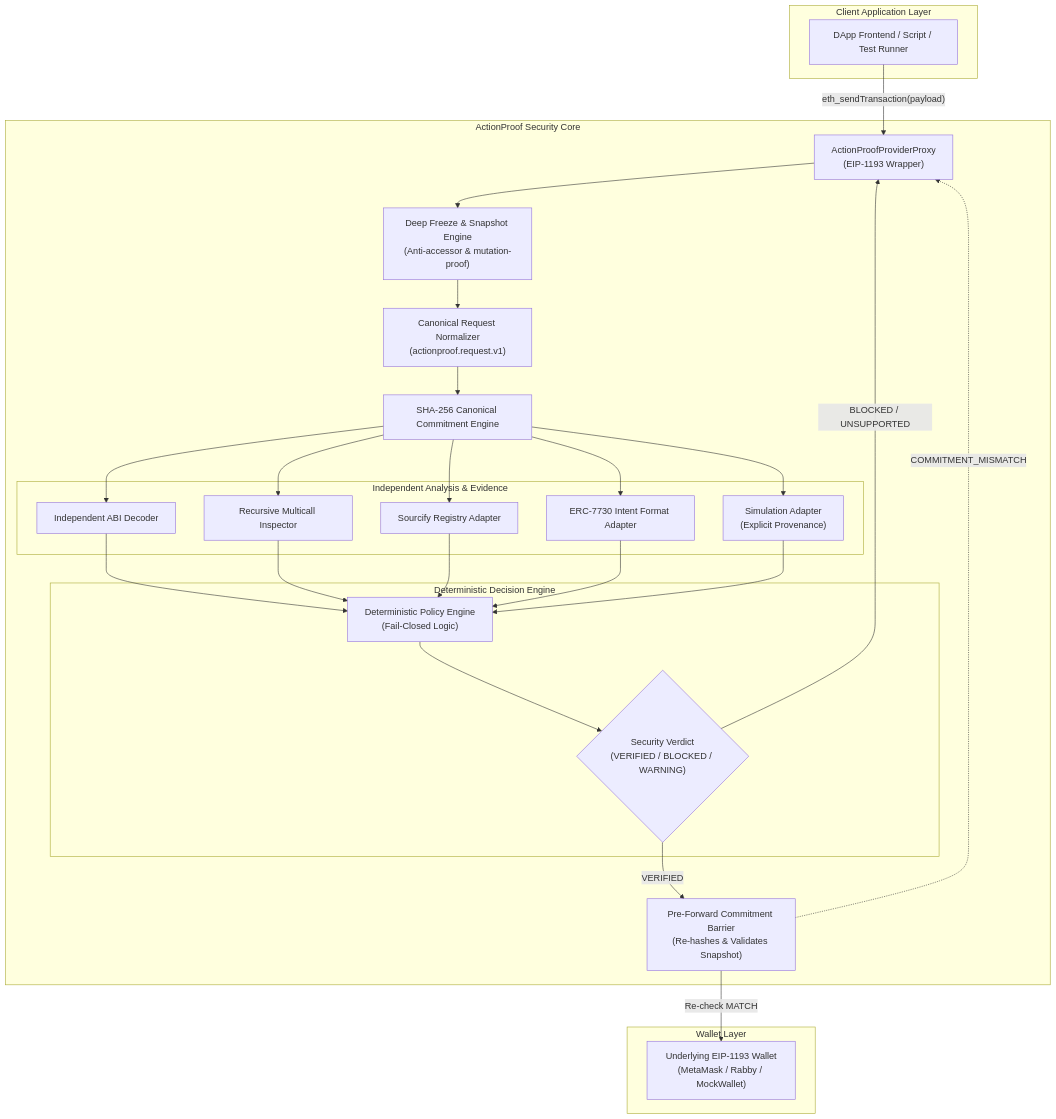
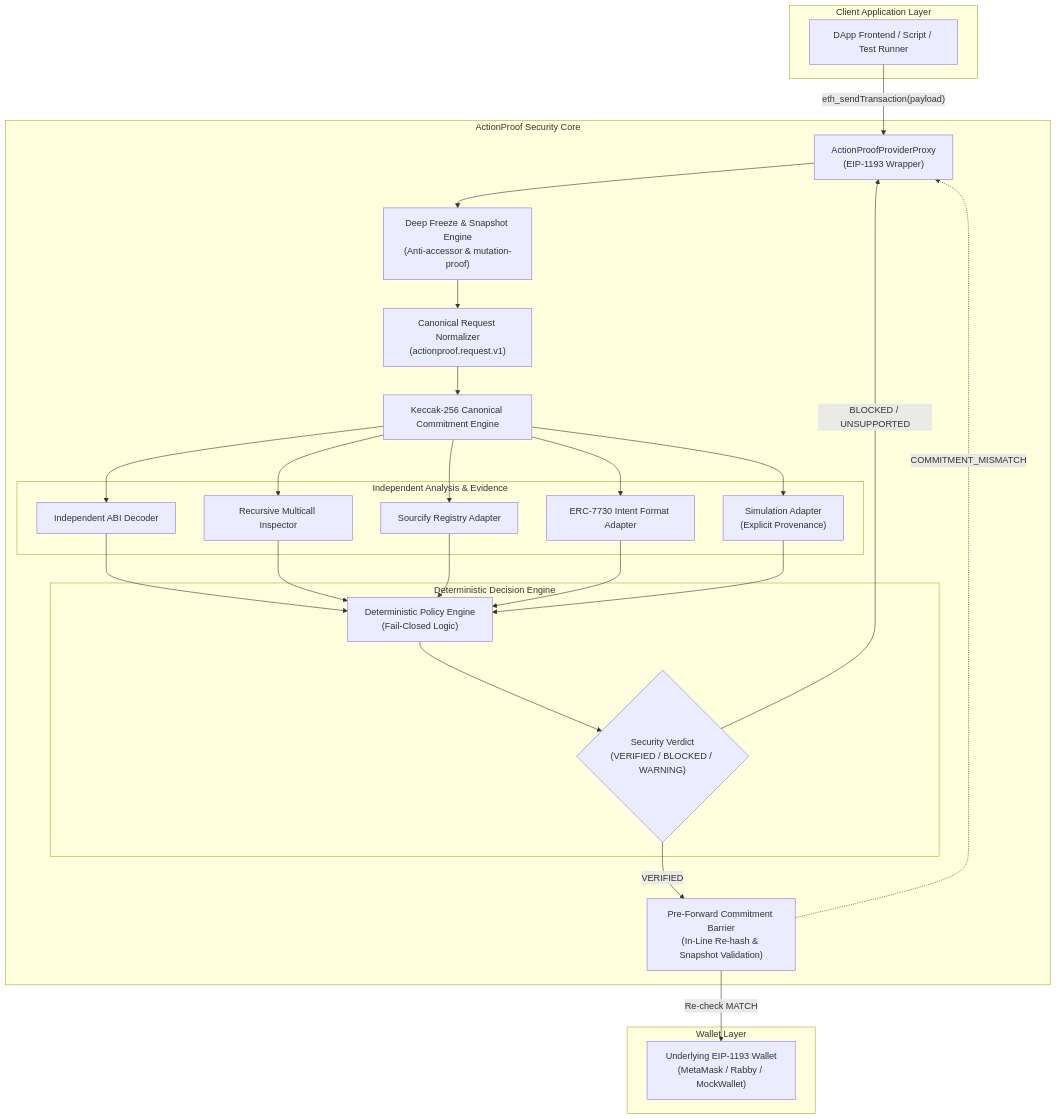
The first of 6 diagrams in README.md (Abhi010903/ActionProofETR), drawn with Mermaid before and after one commit. The commit also changed other lines of this file and 10 other files, not shown here.

````diff
--- a/README.md
+++ b/README.md
@@ -92,45 +92,45 @@
 ```mermaid
 flowchart TD
     subgraph Client Application Layer
         DApp["DApp Frontend / Script / Test Runner"]
     end
 
     subgraph ActionProof Security Core
         Proxy["ActionProofProviderProxy<br/>(EIP-1193 Wrapper)"]
         Snapshot["Deep Freeze & Snapshot Engine<br/>(Anti-accessor & mutation-proof)"]
         Canonicalizer["Canonical Request Normalizer<br/>(actionproof.request.v1)"]
-        Commitment["SHA-256 Canonical Commitment Engine"]
+        Commitment["Keccak-256 Canonical Commitment Engine"]
         
         subgraph Independent Analysis & Evidence
             ABIDecoder["Independent ABI Decoder"]
             Multicall["Recursive Multicall Inspector"]
             Sourcify["Sourcify Registry Adapter"]
             ERC7730["ERC-7730 Intent Format Adapter"]
             Simulation["Simulation Adapter<br/>(Explicit Provenance)"]
         end
 
         subgraph Deterministic Decision Engine
             Policy["Deterministic Policy Engine<br/>(Fail-Closed Logic)"]
             Verdict{"Security Verdict<br/>(VERIFIED / BLOCKED / WARNING)"}
         end
 
-        Barrier["Pre-Forward Commitment Barrier<br/>(Re-hashes & Validates Snapshot)"]
+        Barrier["Pre-Forward Commitment Barrier<br/>(In-Line Re-hash & Snapshot Validation)"]
     end
 
     subgraph Wallet Layer
         Wallet["Underlying EIP-1193 Wallet<br/>(MetaMask / Rabby / MockWallet)"]
     end
 
     DApp -->|"eth_sendTransaction(payload)"| Proxy
     Proxy --> Snapshot
     Snapshot --> Canonicalizer
     Canonicalizer --> Commitment
     Commitment --> ABIDecoder & Multicall & Sourcify & ERC7730 & Simulation
     ABIDecoder & Multicall & Sourcify & ERC7730 & Simulation --> Policy
     Policy --> Verdict
 
     Verdict -->|"VERIFIED"| Barrier
     Verdict -->|"BLOCKED / UNSUPPORTED"| Proxy
     Barrier -->|"Re-check MATCH"| Wallet
     Barrier -.->|"COMMITMENT_MISMATCH"| Proxy
 ```
````
